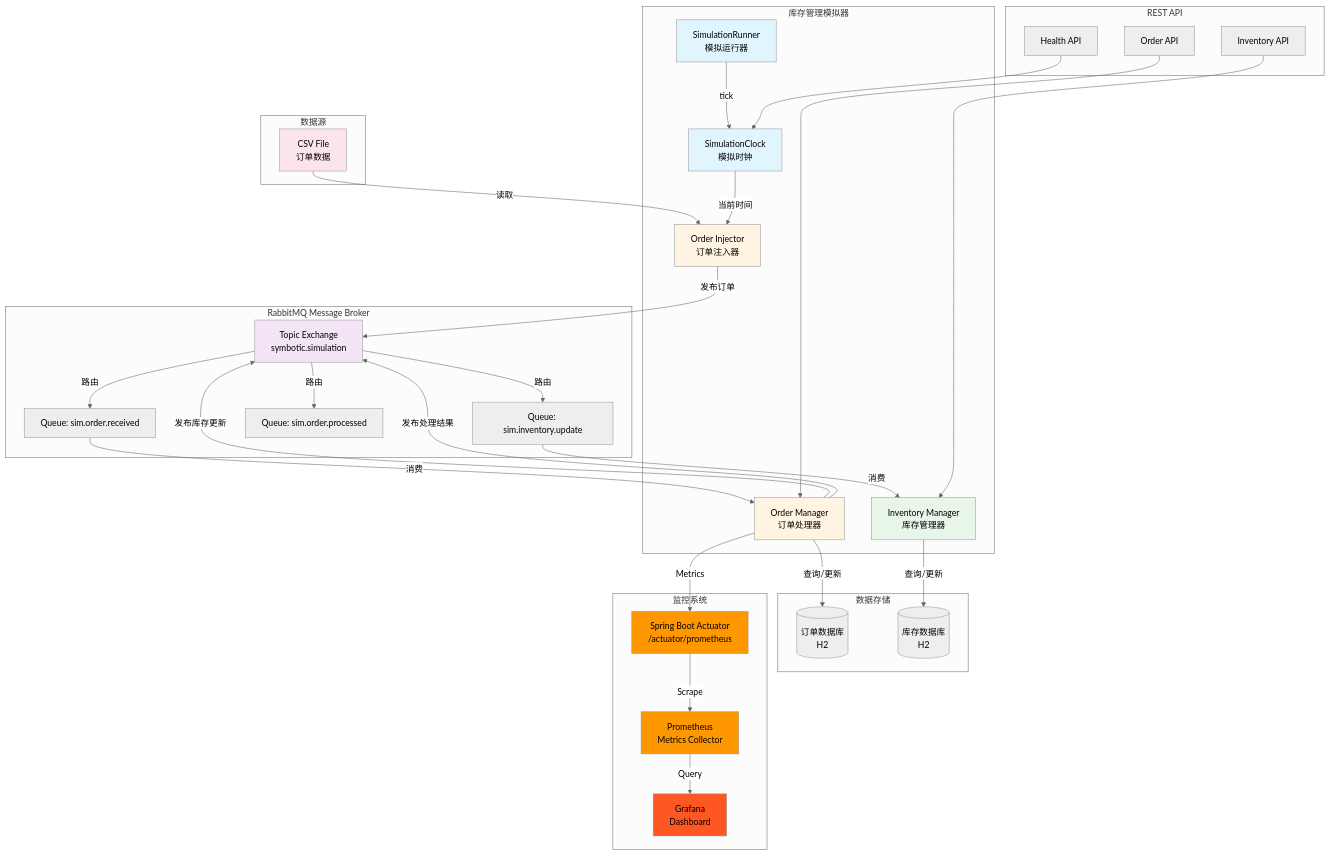
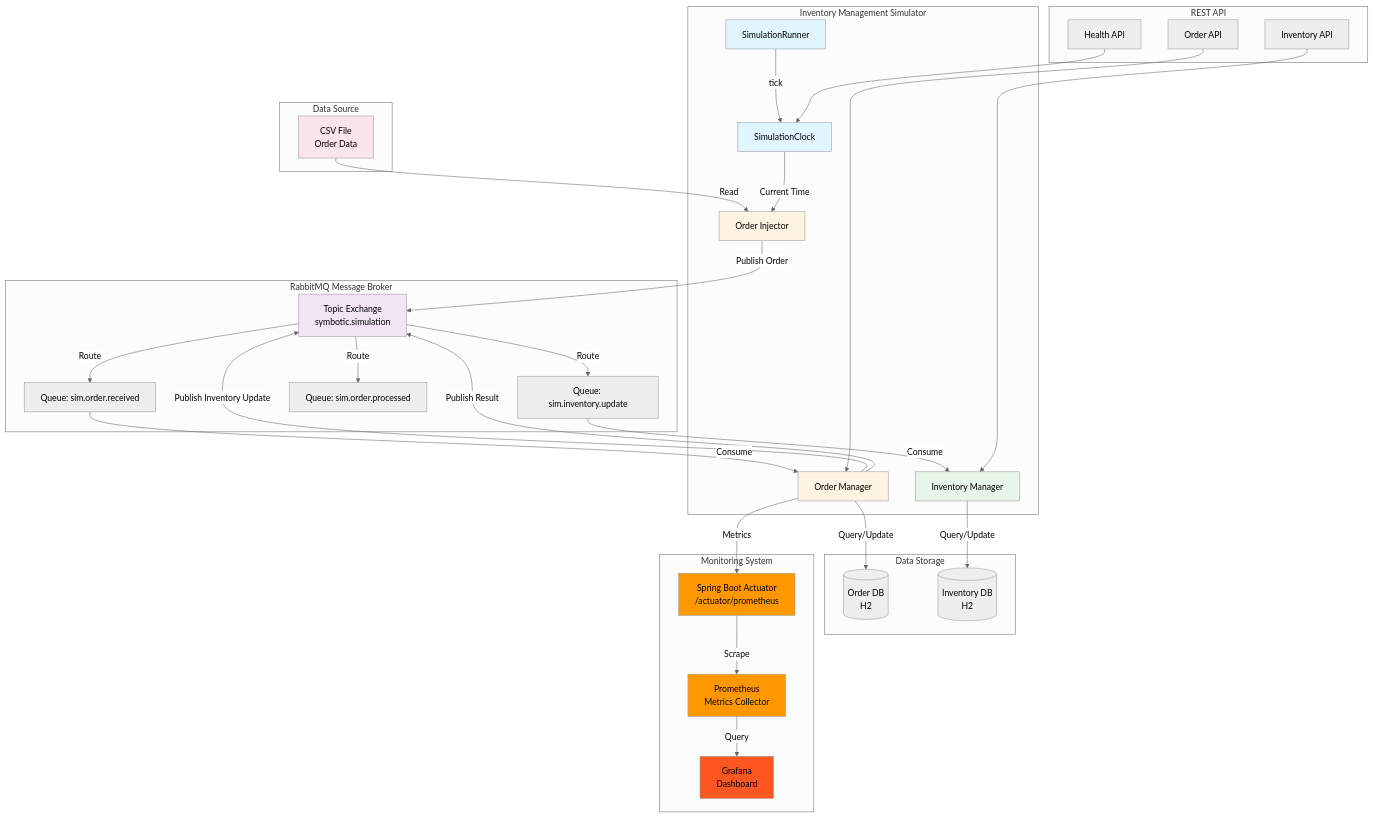
One commit to yuyu-ko/Inventory changed the first of 9 diagrams in docs/ARCHITECTURE_DIAGRAM.md. Above: the diagram before and after it, drawn with Mermaid (neutral theme). The commit also changed other lines of this file and 26 other files, not shown here.

````diff
--- a/docs/ARCHITECTURE_DIAGRAM.md
+++ b/docs/ARCHITECTURE_DIAGRAM.md
@@ -5,71 +5,71 @@
 ```mermaid
 graph TB
-    subgraph "库存管理模拟器"
-        SC[SimulationClock<br/>模拟时钟]
-        SR[SimulationRunner<br/>模拟运行器]
-        OI[Order Injector<br/>订单注入器]
-        OM[Order Manager<br/>订单处理器]
-        IM[Inventory Manager<br/>库存管理器]
+    subgraph "Inventory Management Simulator"
+        SC[SimulationClock]
+        SR[SimulationRunner]
+        OI[Order Injector]
+        OM[Order Manager]
+        IM[Inventory Manager]
     end
     
-    subgraph "数据源"
-        CSV[CSV File<br/>订单数据]
+    subgraph "Data Source"
+        CSV[CSV File<br/>Order Data]
     end
     
     subgraph "RabbitMQ Message Broker"
         EX[Topic Exchange<br/>symbotic.simulation]
         Q1[Queue: sim.order.received]
         Q2[Queue: sim.inventory.update]
         Q3[Queue: sim.order.processed]
     end
     
-    subgraph "数据存储"
-        DB1[(订单数据库<br/>H2)]
-        DB2[(库存数据库<br/>H2)]
+    subgraph "Data Storage"
+        DB1[(Order DB<br/>H2)]
+        DB2[(Inventory DB<br/>H2)]
     end
     
     subgraph "REST API"
         API1[Order API]
         API2[Inventory API]
         API3[Health API]
     end
     
-    subgraph "监控系统"
+    subgraph "Monitoring System"
         ACT[Spring Boot Actuator<br/>/actuator/prometheus]
         PROM[Prometheus<br/>Metrics Collector]
         GRAF[Grafana<br/>Dashboard]
     end
     
-    CSV -->|读取| OI
+    CSV -->|Read| OI
     SR -->|tick| SC
-    SC -->|当前时间| OI
-    OI -->|发布订单| EX
-    EX -->|路由| Q1
-    Q1 -->|消费| OM
-    OM -->|查询/更新| DB1
-    OM -->|发布库存更新| EX
-    EX -->|路由| Q2
-    Q2 -->|消费| IM
-    IM -->|查询/更新| DB2
-    OM -->|发布处理结果| EX
-    EX -->|路由| Q3
+    SC -->|Current Time| OI
+    OI -->|Publish Order| EX
+    EX -->|Route| Q1
+    Q1 -->|Consume| OM
+    OM -->|Query/Update| DB1
+    OM -->|Publish Inventory Update| EX
+    EX -->|Route| Q2
+    Q2 -->|Consume| IM
+    IM -->|Query/Update| DB2
+    OM -->|Publish Result| EX
+    EX -->|Route| Q3
     
     API1 --> OM
     API2 --> IM
     API3 --> SC
     
     OM -->|Metrics| ACT
     ACT -->|Scrape| PROM
     PROM -->|Query| GRAF
     
     style SC fill:#e1f5ff
     style SR fill:#e1f5ff
     style OI fill:#fff4e1
     style OM fill:#fff4e1
     style IM fill:#e8f5e9
     style EX fill:#f3e5f5
     style CSV fill:#fce4ec
     style ACT fill:#ff9800
     style PROM fill:#ff9800
     style GRAF fill:#ff5722
 ```
````
